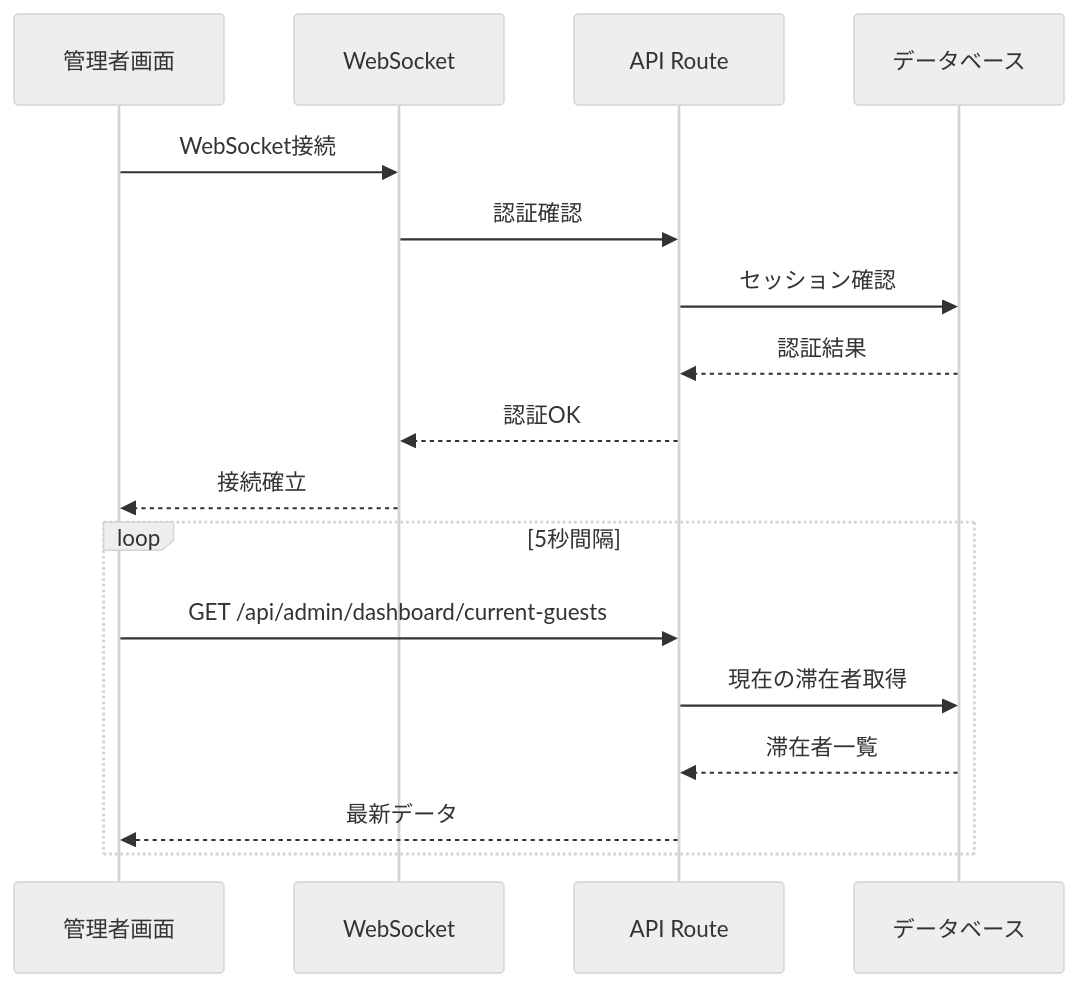
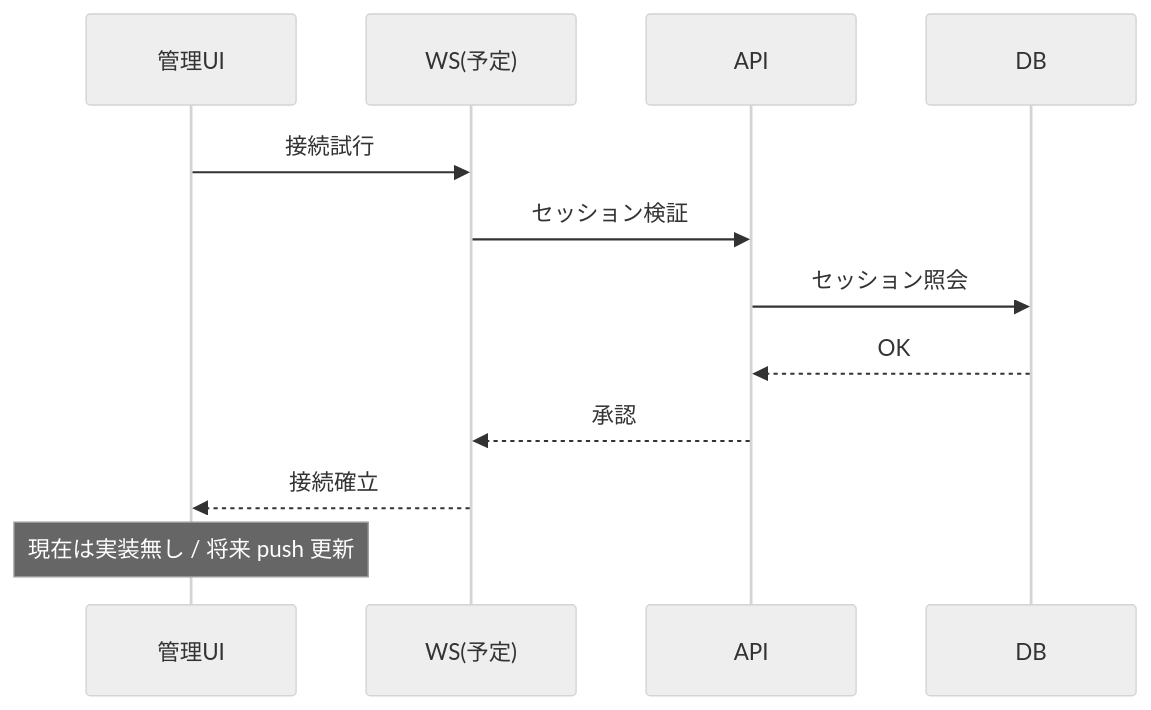
The fourth of 4 diagrams in docs/ARCHITECTURE.md (SetozakiLab/tecnova-checkin-system), drawn with Mermaid (neutral theme) before and after one commit. The commit also changed other lines of this file and 4 other files, not shown here.

````diff
--- a/docs/ARCHITECTURE.md
+++ b/docs/ARCHITECTURE.md
@@ -202,21 +135,15 @@
 ```mermaid
 sequenceDiagram
-    participant A as 管理者画面
-    participant WS as WebSocket
-    participant API as API Route
-    participant DB as データベース
+    participant ADM as 管理UI
+    participant WS as WS(予定)
+    participant API as API
+    participant DB as DB
 
-    A->>WS: WebSocket接続
-    WS->>API: 認証確認
-    API->>DB: セッション確認
-    DB-->>API: 認証結果
-    API-->>WS: 認証OK
-    WS-->>A: 接続確立
-
-    loop 5秒間隔
-        A->>API: GET /api/admin/dashboard/current-guests
-        API->>DB: 現在の滞在者取得
-        DB-->>API: 滞在者一覧
-        API-->>A: 最新データ
-    end
+    ADM->>WS: 接続試行
+    WS->>API: セッション検証
+    API->>DB: セッション照会
+    DB-->>API: OK
+    API-->>WS: 承認
+    WS-->>ADM: 接続確立
+    Note over ADM: 現在は実装無し / 将来 push 更新
 ```
````
